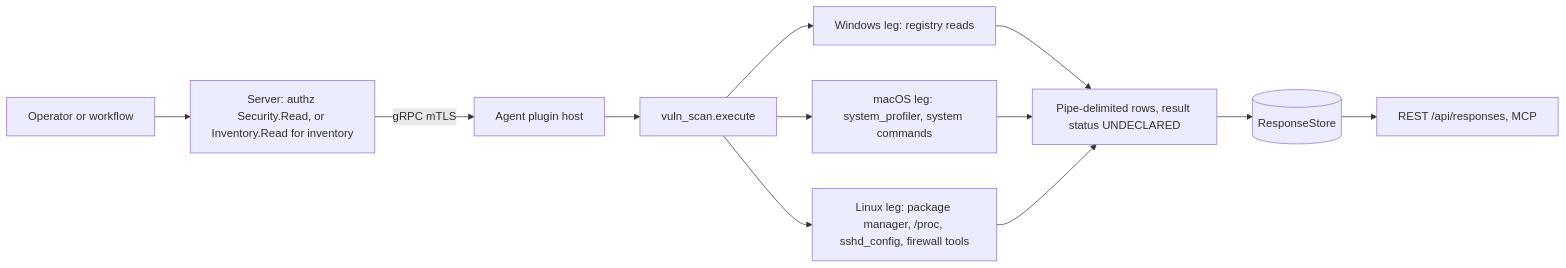
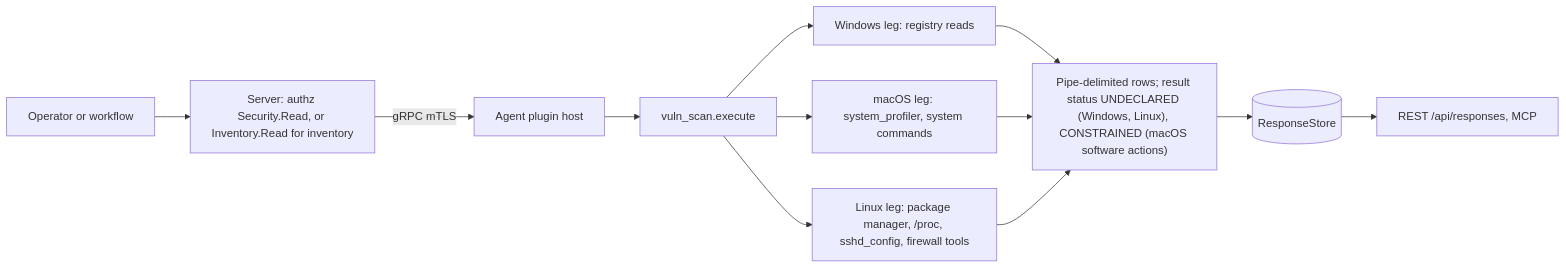
One commit to DevNullLtd/Yuzu changed the first of 3 diagrams in agents/plugins/vuln_scan/README.md. Above: the diagram before and after it, drawn with Mermaid. The commit also changed other lines of this file and 12 other files, not shown here.

````diff
--- a/agents/plugins/vuln_scan/README.md
+++ b/agents/plugins/vuln_scan/README.md
@@ -21,12 +21,12 @@
 ```mermaid
 flowchart LR
   OP["Operator or workflow"] --> SRV["Server: authz Security.Read, or Inventory.Read for inventory"]
   SRV -- "gRPC mTLS" --> HOST["Agent plugin host"] --> EX["vuln_scan.execute"]
   EX --> WIN["Windows leg: registry reads"]
   EX --> MAC["macOS leg: system_profiler, system commands"]
   EX --> LIN["Linux leg: package manager, /proc, sshd_config, firewall tools"]
-  WIN --> ROWS["Pipe-delimited rows, result status UNDECLARED"]
+  WIN --> ROWS["Pipe-delimited rows; result status UNDECLARED (Windows, Linux), CONSTRAINED (macOS software actions)"]
   MAC --> ROWS
   LIN --> ROWS
   ROWS --> RS[("ResponseStore")] --> API["REST /api/responses, MCP"]
 ```
````
